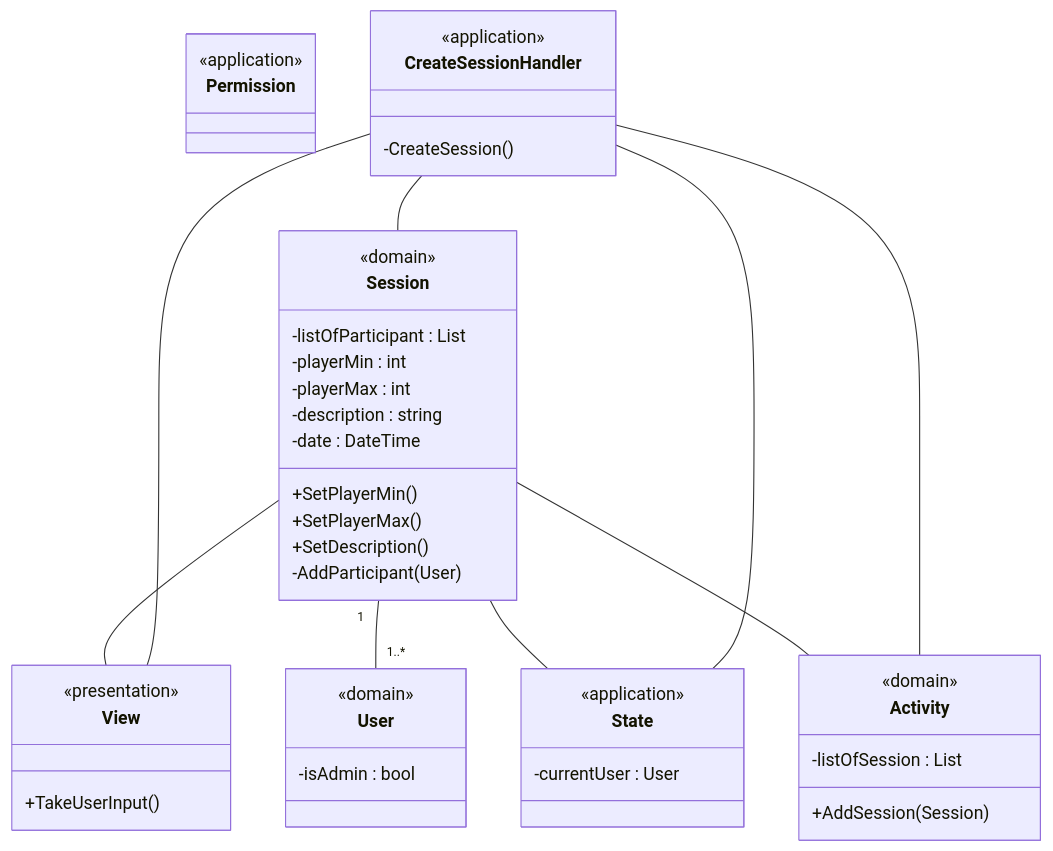
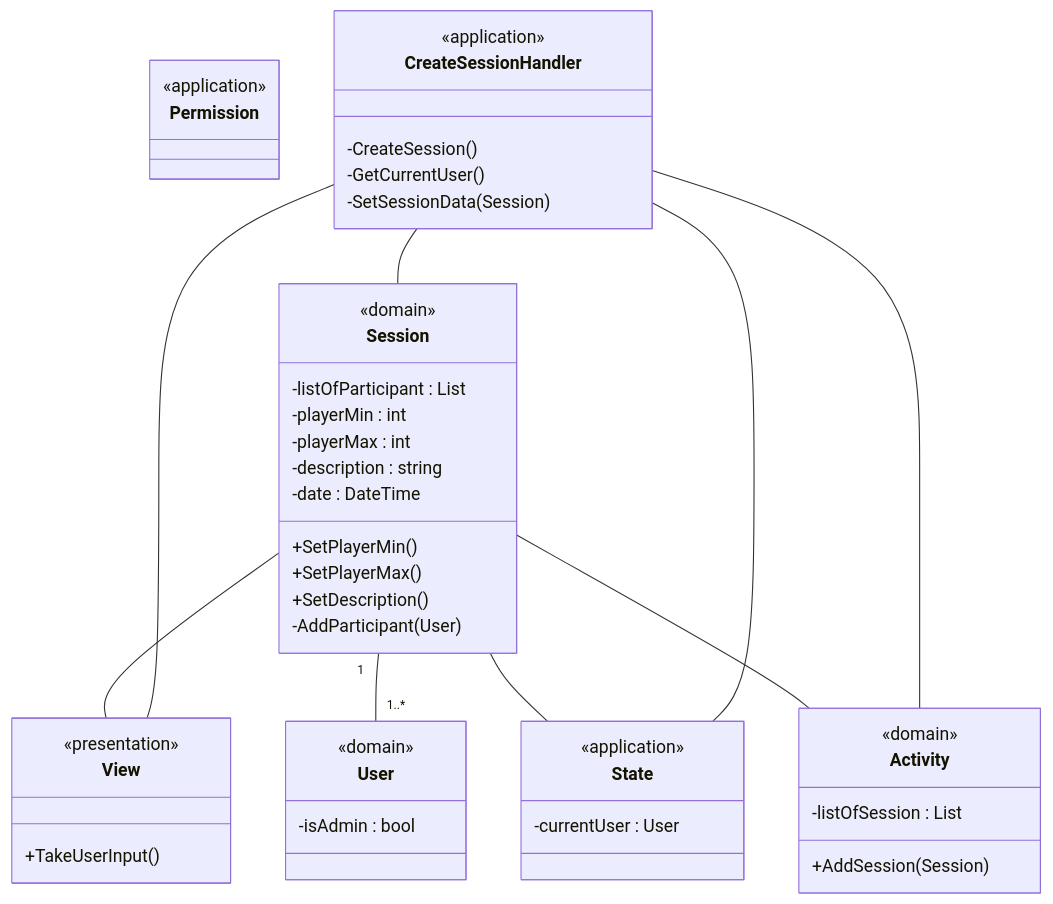
The fourth of 4 diagrams in 02 notes/Klassediagram.md (MatiasHeiberg/1.semesterprojekt), drawn with Mermaid before and after one commit. The commit also changed 4 other files, not shown here.

````diff
--- a/02 notes/Klassediagram.md
+++ b/02 notes/Klassediagram.md
@@ -130,60 +130,62 @@
 ```mermaid
 classDiagram
 
 %% Class definitions
 class Session {
 	<<domain>>
     -listOfParticipant : List<User>
 	-playerMin : int 
 	-playerMax : int
 	-description : string
 	-date : DateTime
 	
 	+SetPlayerMin()
 	+SetPlayerMax()
 	+SetDescription()
 	-AddParticipant(User)
 	
 	
 }
 class User {
 	<<domain>>
 	-isAdmin : bool
 	
 }
 class State {
 	<<application>>
 	-currentUser : User
 }
 %% Serviceklasse til at håndtere rettigheds kald i systemmet.
 class Permission {
 	<<application>>
 }
 
 class View {
 	<<presentation>> 
 	+TakeUserInput()
 }
 class Activity {
 	<<domain>>
 	-listOfSession : List<Session>
 	
 	+AddSession(Session)
 }
 class CreateSessionHandler{
 	<<application>>
 	-CreateSession()
+	-GetCurrentUser()
+	-SetSessionData(Session)
 }
 %% Class relationships
 Session "1" -- "1..*" User
 Session -- View
 Session -- State
 Session -- Activity
 CreateSessionHandler -- View
 CreateSessionHandler -- Session
 CreateSessionHandler -- State
 CreateSessionHandler -- Activity
 
 
 
 ```
````
